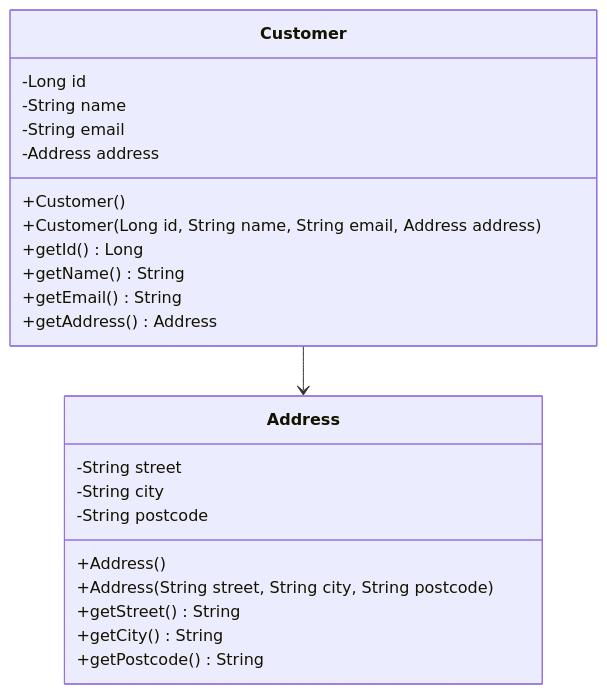
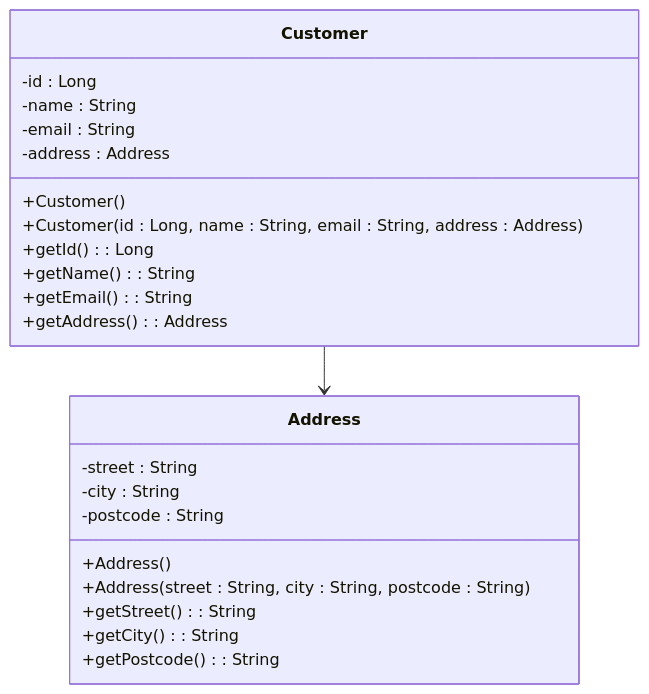
Before and after one commit to sujitbhatt00/products-api: the diagram in docs/uml/CustomerAddress.md, drawn with Mermaid. The commit also changed 1 other file, not shown here.

Commit message:
Tutorial 2: UML attributes written as name : Type

````diff
--- a/docs/uml/CustomerAddress.md
+++ b/docs/uml/CustomerAddress.md
@@ -1,28 +1,28 @@
 ```mermaid
 classDiagram
     class Customer {
-        -Long id
-        -String name
-        -String email
-        -Address address
+        -id : Long
+        -name : String
+        -email : String
+        -address : Address
         +Customer()
-        +Customer(Long id, String name, String email, Address address)
-        +getId() Long
-        +getName() String
-        +getEmail() String
-        +getAddress() Address
+        +Customer(id : Long, name : String, email : String, address : Address)
+        +getId() : Long
+        +getName() : String
+        +getEmail() : String
+        +getAddress() : Address
     }
 
     class Address {
-        -String street
-        -String city
-        -String postcode
+        -street : String
+        -city : String
+        -postcode : String
         +Address()
-        +Address(String street, String city, String postcode)
-        +getStreet() String
-        +getCity() String
-        +getPostcode() String
+        +Address(street : String, city : String, postcode : String)
+        +getStreet() : String
+        +getCity() : String
+        +getPostcode() : String
     }
 
     Customer --> Address
 ```
````
